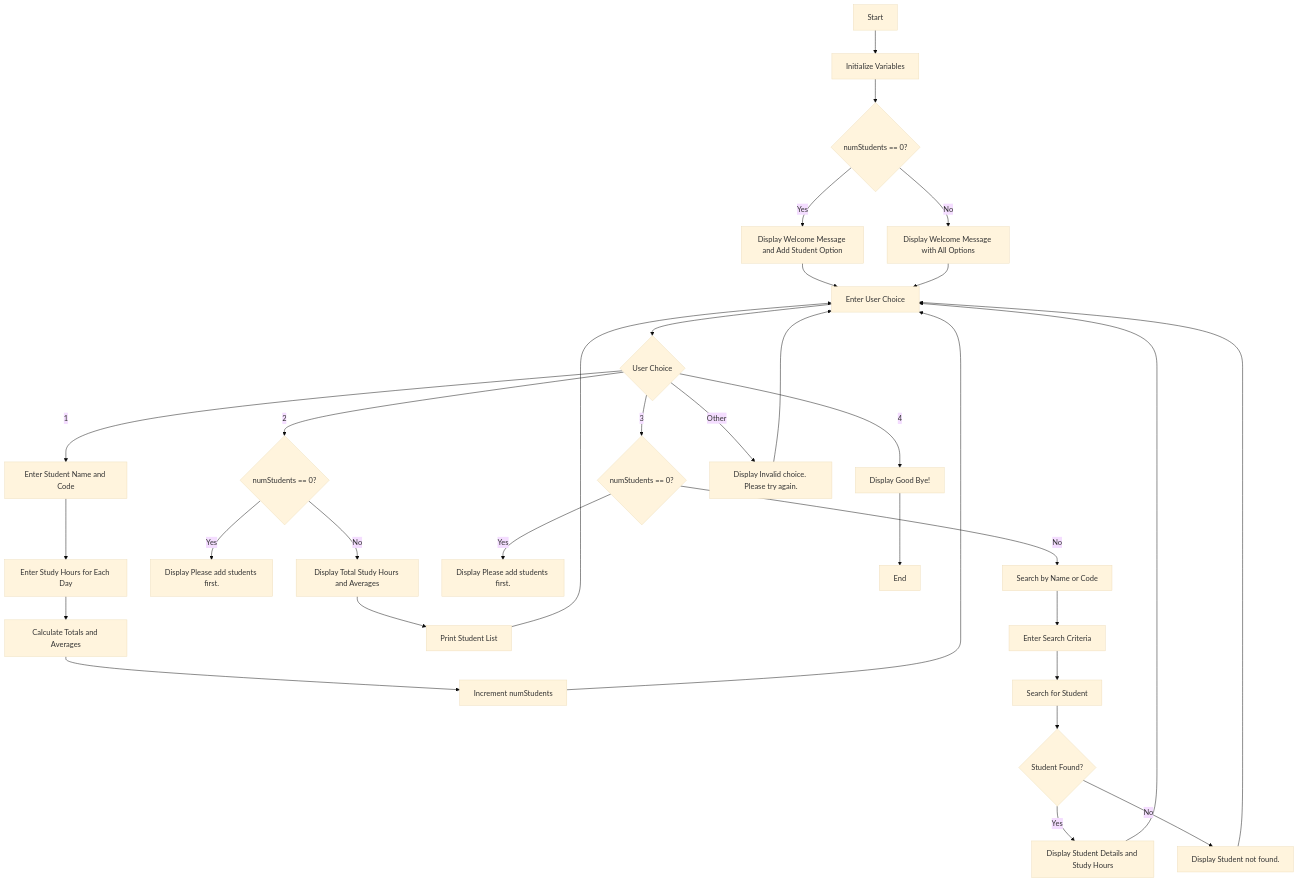
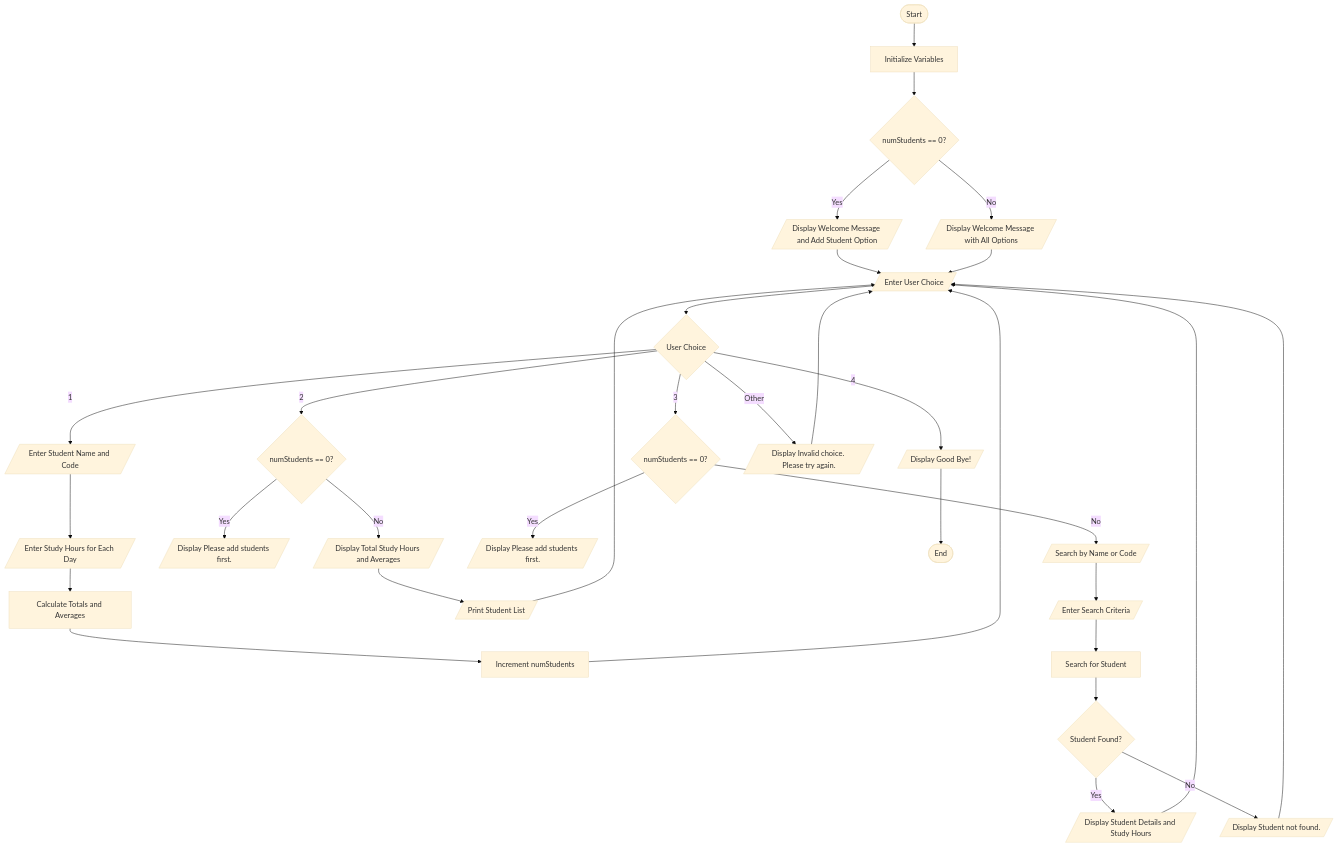
Before and after one commit to labba1/Academic-Analyzer-project: the diagram in C++ Flowchart .md, drawn with Mermaid (base theme).

Commit message:
Update C++ Flowchart .md

````diff
--- a/C++ Flowchart .md
+++ b/C++ Flowchart .md
@@ -51,41 +51,41 @@
 ```mermaid
 flowchart TB
-    A[Start] --> B[Initialize Variables]
+    A([Start]) --> B[Initialize Variables]
     B --> C{numStudents == 0?}
-    C -->|Yes| D[Display Welcome Message and Add Student Option]
-    C -->|No| E[Display Welcome Message with All Options]
+    C -->|Yes| D[/Display Welcome Message and Add Student Option/]
+    C -->|No| E[/Display Welcome Message with All Options/]
     
-    D --> F[Enter User Choice]
+    D --> F[/Enter User Choice/]
     E --> F
     
     F --> G{User Choice}
     
-    G -->|1| H[Enter Student Name and Code]
-    H --> I[Enter Study Hours for Each Day]
+    G -->|1| H[/Enter Student Name and Code/]
+    H --> I[/Enter Study Hours for Each Day/]
     I --> J[Calculate Totals and Averages]
     J --> K[Increment numStudents]
     K --> F
     
     G -->|2| L{numStudents == 0?}
-    L -->|Yes| M[Display Please add students first.]
-    L -->|No| N[Display Total Study Hours and Averages]
-    N --> O[Print Student List]
+    L -->|Yes| M[/Display Please add students first./]
+    L -->|No| N[/Display Total Study Hours and Averages/]
+    N --> O[/Print Student List/]
     O --> F
     
     G -->|3| P{numStudents == 0?}
-    P -->|Yes| Q[Display Please add students first.]
-    P -->|No| R[Search by Name or Code]
-    R --> S[Enter Search Criteria]
+    P -->|Yes| Q[/Display Please add students first./]
+    P -->|No| R[/Search by Name or Code/]
+    R --> S[/Enter Search Criteria/]
     S --> T[Search for Student]
     T --> U{Student Found?}
-    U -->|Yes| V[Display Student Details and Study Hours]
-    U -->|No| W[Display Student not found.]
+    U -->|Yes| V[/Display Student Details and Study Hours/]
+    U -->|No| W[/Display Student not found./]
     V --> F
     W --> F
     
-    G -->|4| X[Display Good Bye!]
-    X --> Y[End]
+    G -->|4| X[/Display Good Bye!/]
+    X --> Y([End])
     
-    G -->|Other| Z[Display Invalid choice. Please try again.]
+    G -->|Other| Z[/Display Invalid choice. Please try again./]
     Z --> F
 ```
````
